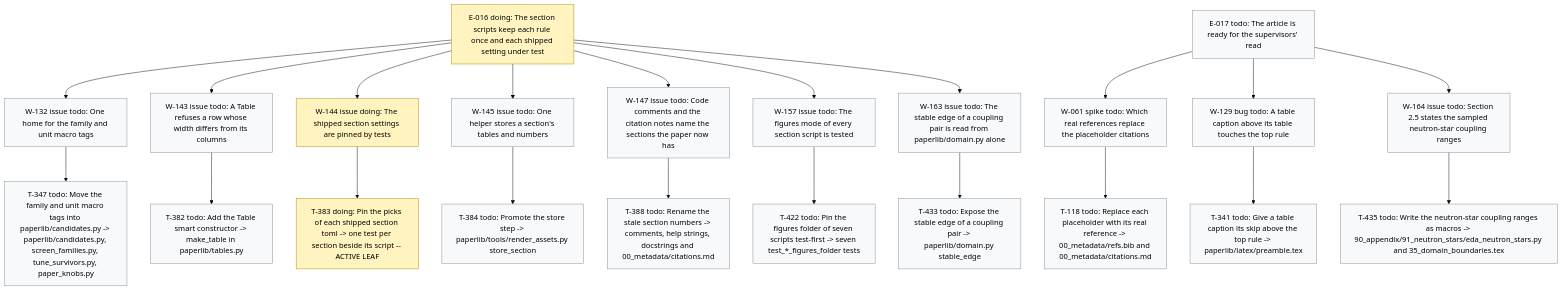
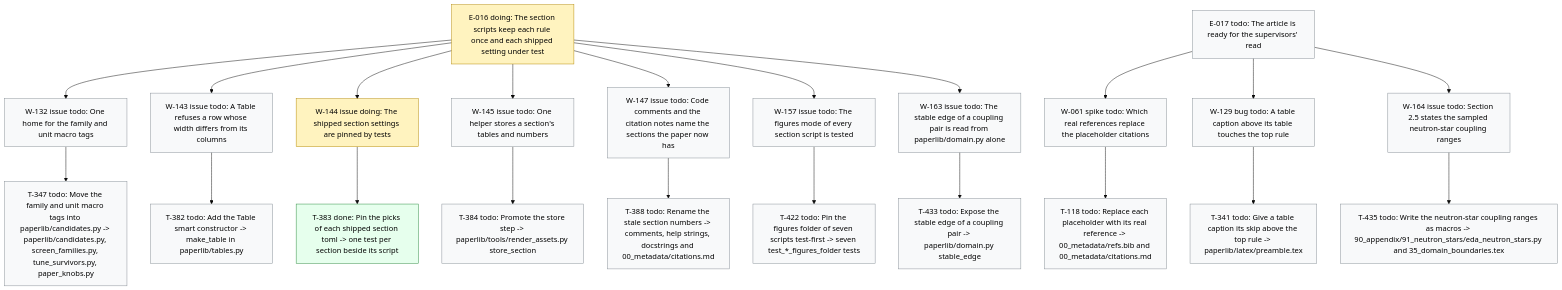
The diagram in .board/BOARD.md (dpopchev/surrogate-models), drawn with Mermaid (base theme) before and after one commit. The commit also changed other lines of this file and 1 other file, not shown here.

Commit message:
chore(board): close T-383 -- W-144 ready to land
Refs: W-144 T-383

````diff
--- a/.board/BOARD.md
+++ b/.board/BOARD.md
@@ -1031,32 +1031,33 @@
 ```mermaid
 flowchart TD
   E016["E-016 doing: The section scripts keep each rule once and each shipped setting under test"]
   E016 --> W132["W-132 issue todo: One home for the family and unit macro tags"]
   W132 --> T347["T-347 todo: Move the family and unit macro tags into paperlib/candidates.py -> paperlib/candidates.py, screen_families.py, tune_survivors.py, paper_knobs.py"]
   E016 --> W143["W-143 issue todo: A Table refuses a row whose width differs from its columns"]
   W143 --> T382["T-382 todo: Add the Table smart constructor -> make_table in paperlib/tables.py"]
   E016 --> W144["W-144 issue doing: The shipped section settings are pinned by tests"]
-  W144 --> T383["T-383 doing: Pin the picks of each shipped section toml -> one test per section beside its script -- ACTIVE LEAF"]
+  W144 --> T383["T-383 done: Pin the picks of each shipped section toml -> one test per section beside its script"]
   E016 --> W145["W-145 issue todo: One helper stores a section's tables and numbers"]
   W145 --> T384["T-384 todo: Promote the store step -> paperlib/tools/render_assets.py store_section"]
   E016 --> W147["W-147 issue todo: Code comments and the citation notes name the sections the paper now has"]
   W147 --> T388["T-388 todo: Rename the stale section numbers -> comments, help strings, docstrings and 00_metadata/citations.md"]
   E016 --> W157["W-157 issue todo: The figures mode of every section script is tested"]
   W157 --> T422["T-422 todo: Pin the figures folder of seven scripts test-first -> seven test_*_figures_folder tests"]
   E016 --> W163["W-163 issue todo: The stable edge of a coupling pair is read from paperlib/domain.py alone"]
   W163 --> T433["T-433 todo: Expose the stable edge of a coupling pair -> paperlib/domain.py stable_edge"]
   E017["E-017 todo: The article is ready for the supervisors' read"]
   E017 --> W061["W-061 spike todo: Which real references replace the placeholder citations"]
   W061 --> T118["T-118 todo: Replace each placeholder with its real reference -> 00_metadata/refs.bib and 00_metadata/citations.md"]
   E017 --> W129["W-129 bug todo: A table caption above its table touches the top rule"]
   W129 --> T341["T-341 todo: Give a table caption its skip above the top rule -> paperlib/latex/preamble.tex"]
   E017 --> W164["W-164 issue todo: Section 2.5 states the sampled neutron-star coupling ranges"]
   W164 --> T435["T-435 todo: Write the neutron-star coupling ranges as macros -> 90_appendix/91_neutron_stars/eda_neutron_stars.py and 35_domain_boundaries.tex"]
   classDef doing fill:#fff3bf,stroke:#b58900,color:#000;
   classDef blocked fill:#ffe3e3,stroke:#c92a2a,color:#000;
   classDef done fill:#e6ffed,stroke:#2b8a3e,color:#000;
   classDef todo fill:#f8f9fa,stroke:#868e96,color:#000;
   classDef pruned fill:#f1f3f5,stroke:#adb5bd,color:#000;
-  class E016,W144,T383 doing
+  class E016,W144 doing
+  class T383 done
   class W132,T347,W143,T382,W145,T384,W147,T388,W157,T422,W163,T433,E017,W061,T118,W129,T341,W164,T435 todo
 ```
````
